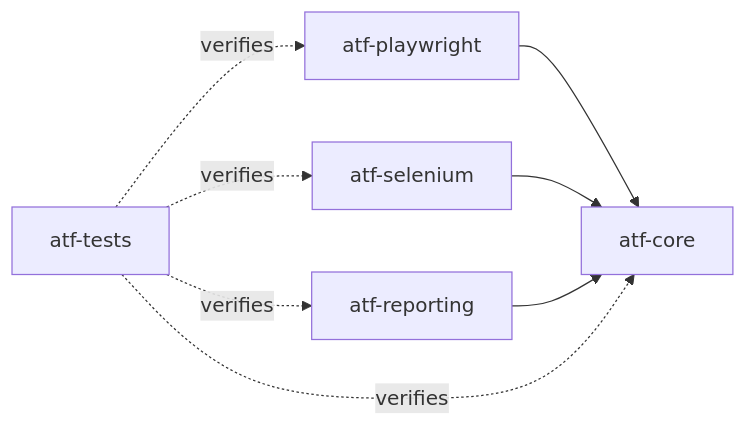
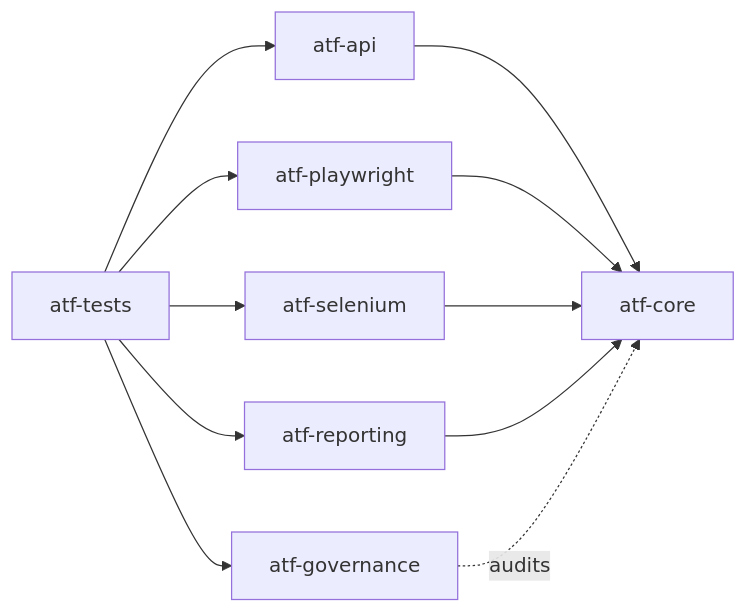
The first of 2 diagrams in README.md (crististefanita/ATF_AI), drawn with Mermaid before and after one commit. The commit also changed other lines of this file and 214 other files, not shown here.

Commit message:
Extract API library and split governance with main/test ownership

````diff
--- a/README.md
+++ b/README.md
@@ -17,10 +21,13 @@
 ```mermaid
 flowchart LR
-    PW["atf-playwright"] --> Core["atf-core"]
+    API["atf-api"] --> Core["atf-core"]
+    PW["atf-playwright"] --> Core
     SE["atf-selenium"] --> Core
     Reporting["atf-reporting"] --> Core
-    Tests["atf-tests"] -. verifies .-> Core
-    Tests -. verifies .-> PW
-    Tests -. verifies .-> SE
-    Tests -. verifies .-> Reporting
+    Tests["atf-tests"] --> API
+    Tests --> PW
+    Tests --> SE
+    Tests --> Reporting
+    Tests --> Governance["atf-governance"]
+    Governance -. audits .-> Core
 ```
````
